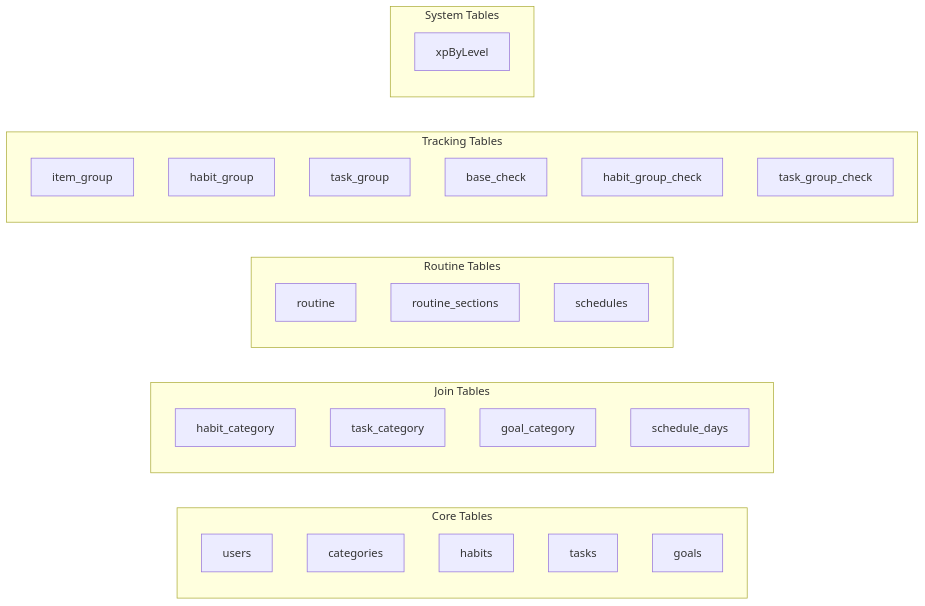
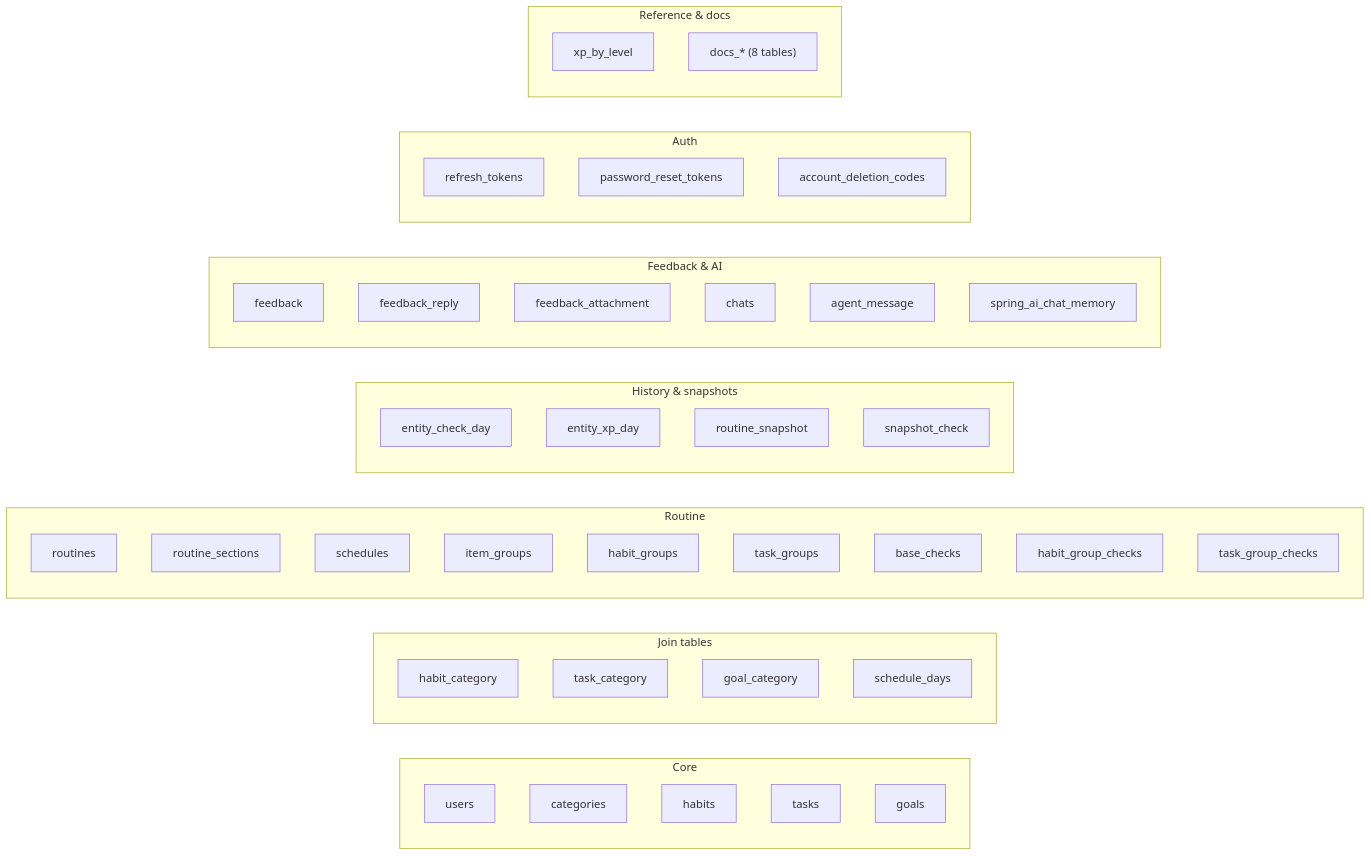
The fifth of 5 diagrams in architecture/domain-model/en.md (AndDev741/Beyou-arch-design), drawn with Mermaid before and after one commit. The commit also changed other lines of this file and 3 other files, not shown here.

First line of the commit message:
docs(architecture): bring the domain model up to the real entity set

````diff
--- a/architecture/domain-model/en.md
+++ b/architecture/domain-model/en.md
@@ -370,36 +365,56 @@
 ```mermaid
 flowchart LR
-  subgraph "Core Tables"
+  subgraph core["Core"]
     users
     categories
     habits
     tasks
     goals
   end
 
-  subgraph "Join Tables"
+  subgraph joins["Join tables"]
     habit_category
     task_category
     goal_category
     schedule_days
   end
 
-  subgraph "Routine Tables"
-    routine
+  subgraph routine["Routine"]
+    routines
     routine_sections
     schedules
+    item_groups
+    habit_groups
+    task_groups
+    base_checks
+    habit_group_checks
+    task_group_checks
   end
 
-  subgraph "Tracking Tables"
-    item_group
-    habit_group
-    task_group
-    base_check
-    habit_group_check
-    task_group_check
+  subgraph history["History & snapshots"]
+    entity_check_day
+    entity_xp_day
+    routine_snapshot
+    snapshot_check
   end
 
-  subgraph "System Tables"
-    xpByLevel
+  subgraph support["Feedback & AI"]
+    feedback
+    feedback_reply
+    feedback_attachment
+    chats
+    agent_message
+    spring_ai_chat_memory
+  end
+
+  subgraph auth["Auth"]
+    refresh_tokens
+    password_reset_tokens
+    account_deletion_codes
+  end
+
+  subgraph system["Reference & docs"]
+    xp_by_level
+    docs_tables["docs_* (8 tables)"]
   end
 ```
````
